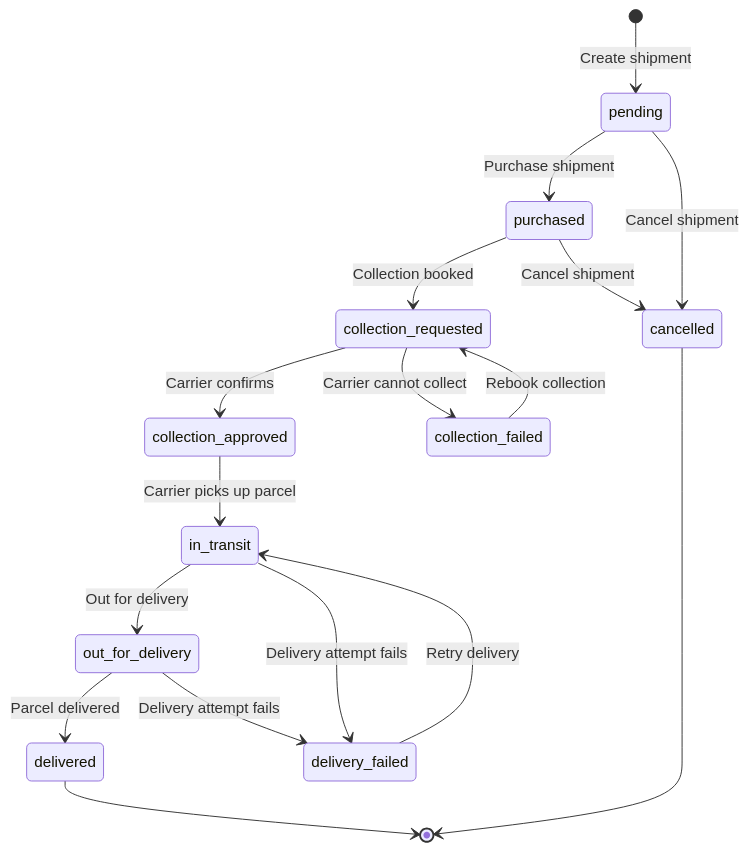
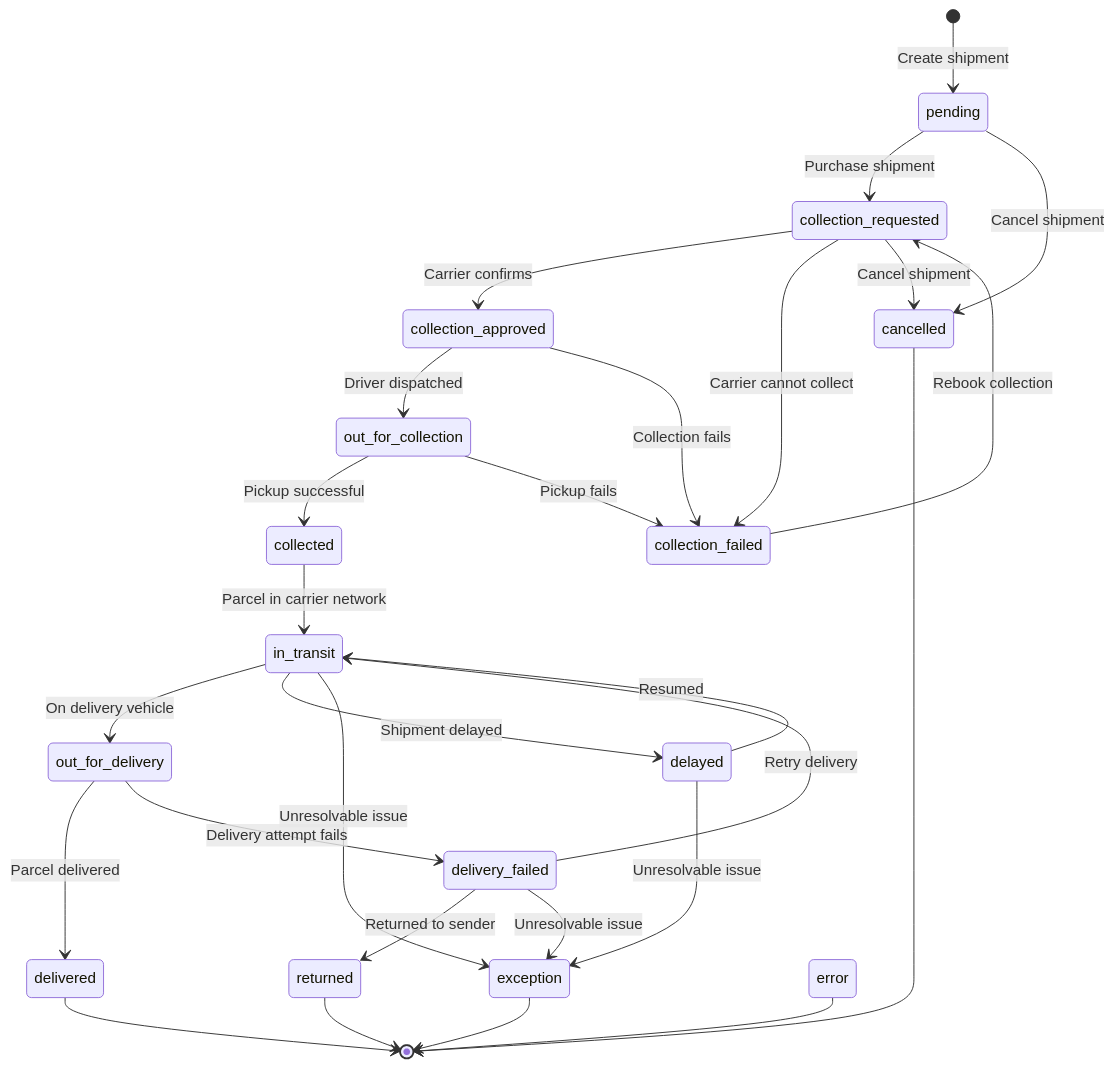
The diagram in shipment-lifecycle.mdx (evership/api-docs), drawn with Mermaid before and after one commit. The commit also changed other lines of this file, not shown here.

First line of the commit message:
Update shipment lifecycle with all 15 primary statuses

````diff
--- a/shipment-lifecycle.mdx
+++ b/shipment-lifecycle.mdx
@@ -10,28 +10,41 @@
 ```mermaid
 stateDiagram-v2
     [*] --> pending : Create shipment
 
-    pending --> purchased : Purchase shipment
+    pending --> collection_requested : Purchase shipment
     pending --> cancelled : Cancel shipment
-
-    purchased --> collection_requested : Collection booked
-    purchased --> cancelled : Cancel shipment
 
     collection_requested --> collection_approved : Carrier confirms
     collection_requested --> collection_failed : Carrier cannot collect
+    collection_requested --> cancelled : Cancel shipment
 
-    collection_approved --> in_transit : Carrier picks up parcel
+    collection_approved --> out_for_collection : Driver dispatched
+    collection_approved --> collection_failed : Collection fails
+
+    out_for_collection --> collected : Pickup successful
+    out_for_collection --> collection_failed : Pickup fails
+
+    collected --> in_transit : Parcel in carrier network
 
     collection_failed --> collection_requested : Rebook collection
 
-    in_transit --> out_for_delivery : Out for delivery
-    in_transit --> delivery_failed : Delivery attempt fails
+    in_transit --> out_for_delivery : On delivery vehicle
+    in_transit --> delayed : Shipment delayed
+    in_transit --> exception : Unresolvable issue
+
+    delayed --> in_transit : Resumed
+    delayed --> exception : Unresolvable issue
 
     out_for_delivery --> delivered : Parcel delivered
     out_for_delivery --> delivery_failed : Delivery attempt fails
 
     delivery_failed --> in_transit : Retry delivery
+    delivery_failed --> returned : Returned to sender
+    delivery_failed --> exception : Unresolvable issue
 
+    returned --> [*]
     delivered --> [*]
     cancelled --> [*]
+    exception --> [*]
+    error --> [*]
 ```
````
